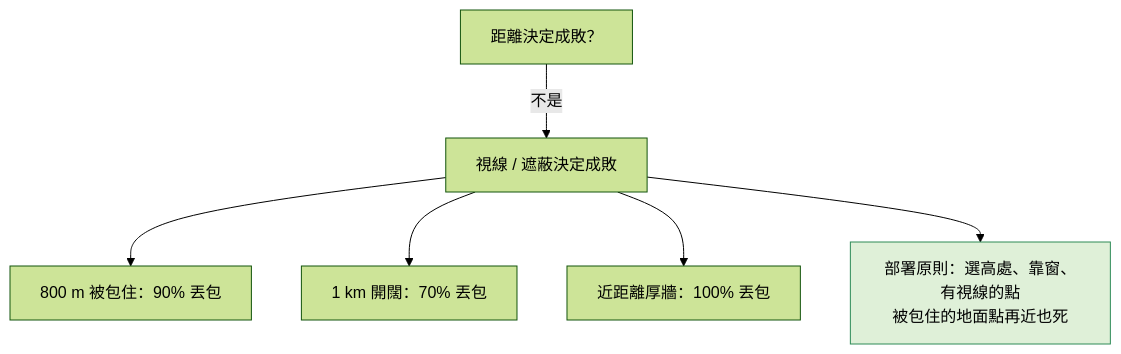
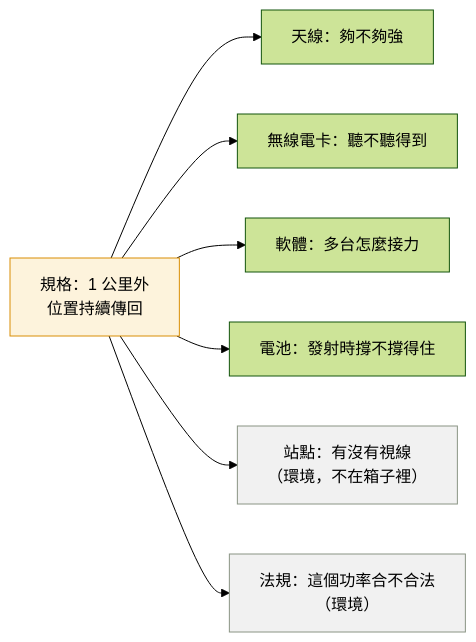
The fourth of 4 diagrams in docs/curriculum/week3.md (winson3QQ/Batman), drawn with Mermaid (forest theme) before and after one commit. The commit also changed other lines of this file and 4 other files, not shown here.

````diff
--- a/docs/curriculum/week3.md
+++ b/docs/curriculum/week3.md
@@ -54,9 +92,13 @@
 ```mermaid
-flowchart TB
-  Q[距離決定成敗？] -->|不是| A[視線 / 遮蔽決定成敗]
-  A --> R1[800 m 被包住：90% 丟包]
-  A --> R2[1 km 開闊：70% 丟包]
-  A --> R3[近距離厚牆：100% 丟包]
-  A --> P[部署原則：選高處、靠窗、有視線的點<br/>被包住的地面點再近也死]
-  style P fill:#dff0d8,stroke:#2e8b57
+flowchart LR
+  SPEC["規格：1 公里外<br/>位置持續傳回"]
+  SPEC --> ANT[天線：夠不夠強]
+  SPEC --> RADIO[無線電卡：聽不聽得到]
+  SPEC --> SW1[軟體：多台怎麼接力]
+  SPEC --> BAT[電池：發射時撐不撐得住]
+  SPEC --> SITE[站點：有沒有視線<br/>（環境，不在箱子裡）]
+  SPEC --> LAW[法規：這個功率合不合法<br/>（環境）]
+  style SPEC fill:#fdf3dc,stroke:#d98e04
+  style SITE fill:#f1f1f1,stroke:#8a9484
+  style LAW fill:#f1f1f1,stroke:#8a9484
 ```
````
